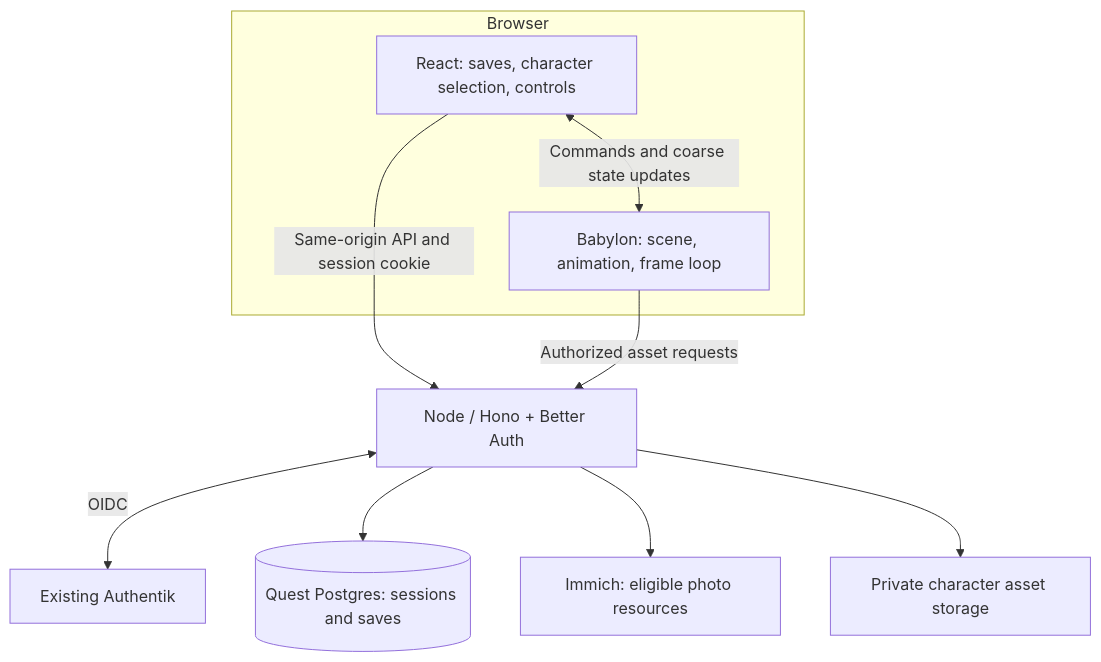
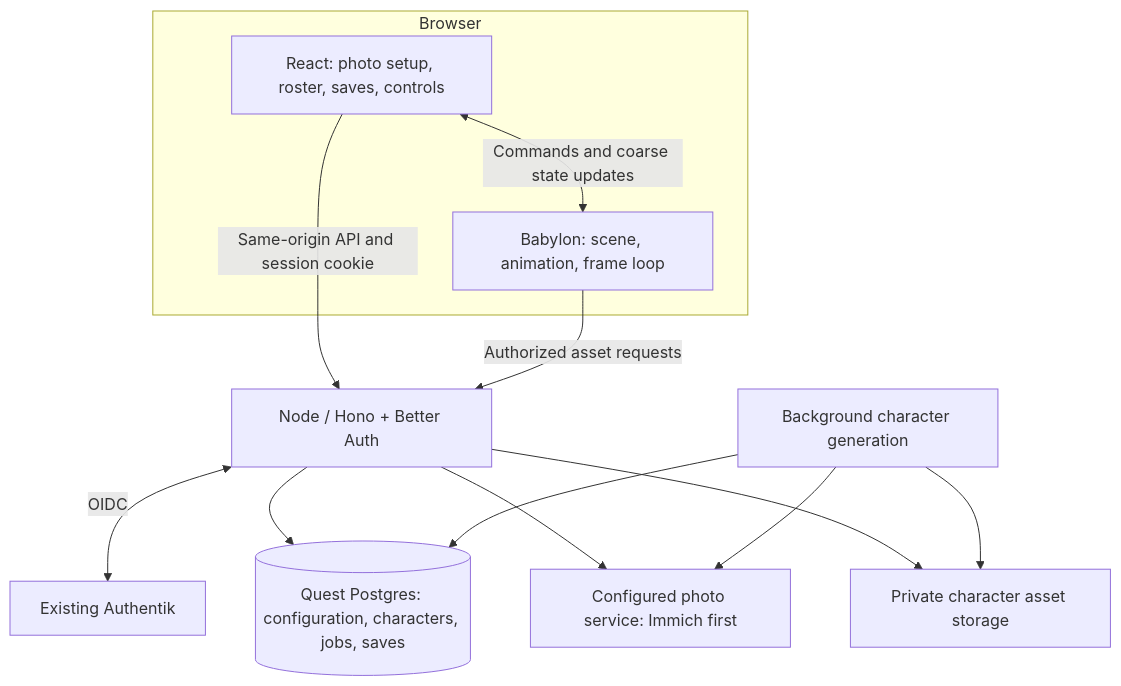
One commit to thaynes43/haynes-quest changed the diagram in docs/designs/001-technical-foundation.md. Above: the diagram before and after it, drawn with Mermaid. The commit also changed other lines of this file and 11 other files, not shown here.

Commit message:
docs: make photo connections and characters configurable

````diff
--- a/docs/designs/001-technical-foundation.md
+++ b/docs/designs/001-technical-foundation.md
@@ -12,14 +12,17 @@
 ```mermaid
 flowchart TB
     subgraph Browser
-        UI[React: saves, character selection, controls]
+        UI[React: photo setup, roster, saves, controls]
         Game[Babylon: scene, animation, frame loop]
         UI <-->|Commands and coarse state updates| Game
     end
     UI -->|Same-origin API and session cookie| App[Node / Hono + Better Auth]
     Game -->|Authorized asset requests| App
     App <-->|OIDC| Auth[Existing Authentik]
-    App --> DB[(Quest Postgres: sessions and saves)]
-    App --> Photos[Immich: eligible photo resources]
+    App --> DB[(Quest Postgres: configuration, characters, jobs, saves)]
+    App --> Photos[Configured photo service: Immich first]
     App --> Assets[Private character asset storage]
+    Worker[Background character generation] --> DB
+    Worker --> Photos
+    Worker --> Assets
 ```
````
